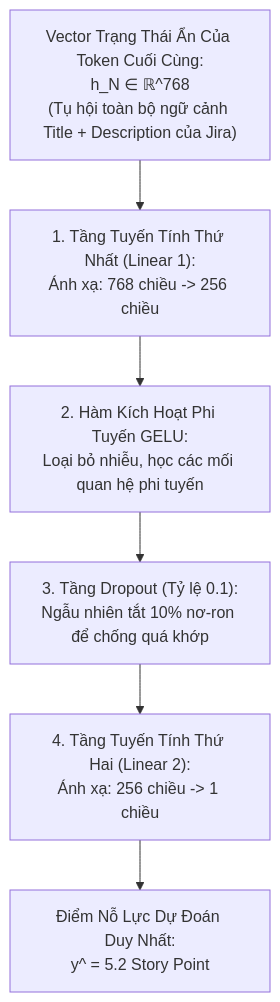
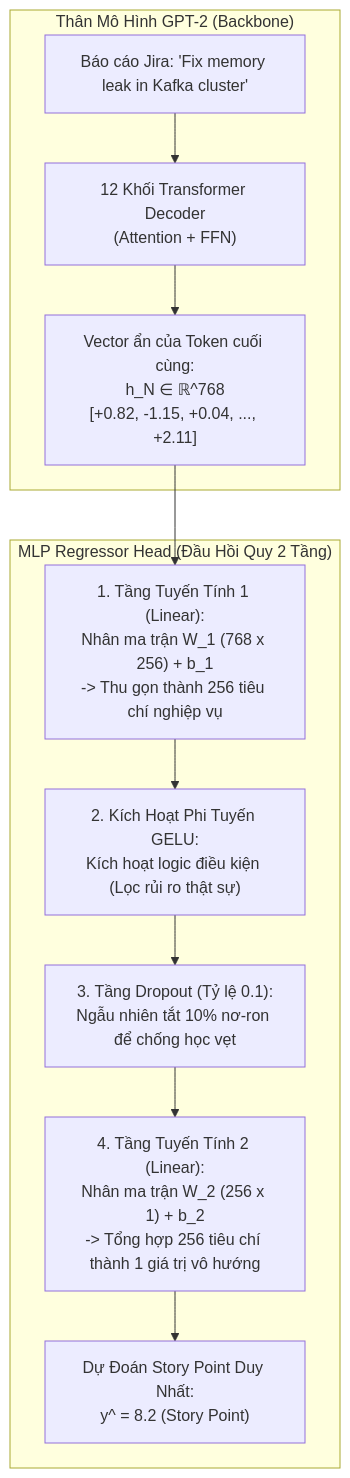
The first of 2 diagrams in docs/articles/paper-information/glossary/mlp_regressor_head.md (snowflake-vibing/NCKH_Johnny_Snowflake), drawn with Mermaid before and after one commit. The commit also changed other lines of this file, not shown here.

Commit message:
docs: viet lai hoan toan mlp_regressor_head.md lam ro ban chat va co che quy doi 768->256->1 thuc te

````diff
--- a/docs/articles/paper-information/glossary/mlp_regressor_head.md
+++ b/docs/articles/paper-information/glossary/mlp_regressor_head.md
@@ -45,12 +63,19 @@
 ```mermaid
 flowchart TD
-    LastToken["Vector Trạng Thái Ẩn Của Token Cuối Cùng:\nh_N ∈ ℝ^768\n(Tụ hội toàn bộ ngữ cảnh Title + Description của Jira)"] --> Linear1["1. Tầng Tuyến Tính Thứ Nhất (Linear 1):\nÁnh xạ: 768 chiều -> 256 chiều"]
-    
-    Linear1 --> Act["2. Hàm Kích Hoạt Phi Tuyến GELU:\nLoại bỏ nhiễu, học các mối quan hệ phi tuyến"]
-    
-    Act --> Drop["3. Tầng Dropout (Tỷ lệ 0.1):\nNgẫu nhiên tắt 10% nơ-ron để chống quá khớp"]
-    
-    Drop --> Linear2["4. Tầng Tuyến Tính Thứ Hai (Linear 2):\nÁnh xạ: 256 chiều -> 1 chiều"]
-    
-    Linear2 --> FinalSP["Điểm Nỗ Lực Dự Đoán Duy Nhất:\ny^ = 5.2 Story Point"]
+    subgraph Backbone["Thân Mô Hình GPT-2 (Backbone)"]
+        JiraText["Báo cáo Jira: 'Fix memory leak in Kafka cluster'"] --> TransBlocks["12 Khối Transformer Decoder\n(Attention + FFN)"]
+        TransBlocks --> LastHidden["Vector ẩn của Token cuối cùng:\nh_N ∈ ℝ^768\n[+0.82, -1.15, +0.04, ..., +2.11]"]
+    end
+
+    subgraph Head["MLP Regressor Head (Đầu Hồi Quy 2 Tầng)"]
+        LastHidden --> Dense1["1. Tầng Tuyến Tính 1 (Linear):\nNhân ma trận W_1 (768 x 256) + b_1\n-> Thu gọn thành 256 tiêu chí nghiệp vụ"]
+        
+        Dense1 --> ActGELU["2. Kích Hoạt Phi Tuyến GELU:\nKích hoạt logic điều kiện (Lọc rủi ro thật sự)"]
+        
+        ActGELU --> Drop["3. Tầng Dropout (Tỷ lệ 0.1):\nNgẫu nhiên tắt 10% nơ-ron để chống học vẹt"]
+        
+        Drop --> Dense2["4. Tầng Tuyến Tính 2 (Linear):\nNhân ma trận W_2 (256 x 1) + b_2\n-> Tổng hợp 256 tiêu chí thành 1 giá trị vô hướng"]
+        
+        Dense2 --> FinalPred["Dự Đoán Story Point Duy Nhất:\ny^ = 8.2 (Story Point)"]
+    end
 ```
````
